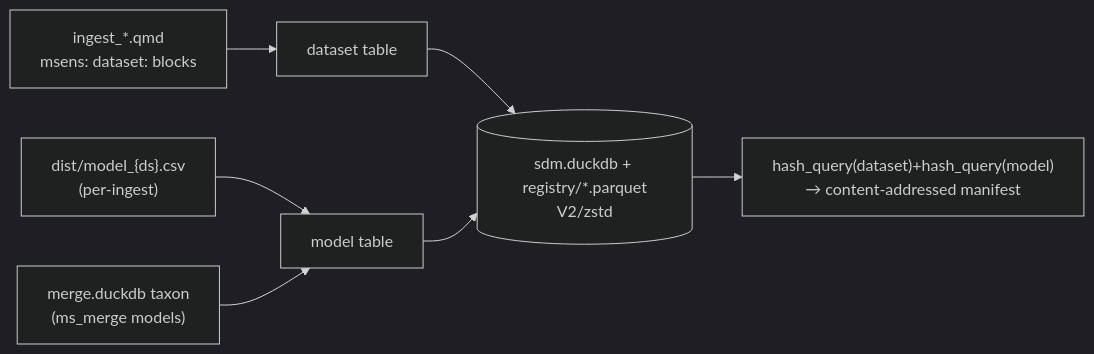
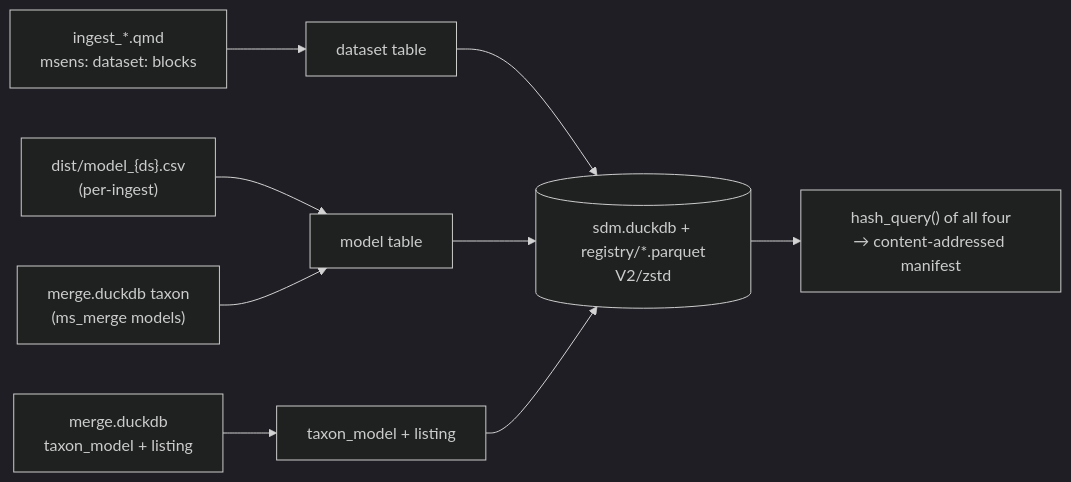
The diagram in build_registry.qmd (MarineSensitivity/workflows), drawn with Mermaid (dark theme) before and after one commit. The commit also changed other lines of this file and 23 other files, not shown here.

````diff
--- a/build_registry.qmd
+++ b/build_registry.qmd
@@ -24,11 +36,13 @@
 ```{mermaid}
 %%| label: fig-design
-%%| fig-cap: "Registry consolidation: dataset props from front-matter, model props from per-ingest CSVs + merged taxa"
+%%| fig-cap: "Registry consolidation: dataset props from front-matter, model props from per-ingest CSVs + merged taxa, relations from the merge stage"
 flowchart LR
   fm["ingest_*.qmd<br/>msens: dataset: blocks"] --> ds["dataset table"]
   csv["dist/model_{ds}.csv<br/>(per-ingest)"] --> mdl["model table"]
   tax["merge.duckdb taxon<br/>(ms_merge models)"] --> mdl
+  rel["merge.duckdb<br/>taxon_model + listing"] --> rl["taxon_model + listing"]
   ds --> db[("sdm.duckdb + registry/*.parquet<br/>V2/zstd")]
   mdl --> db
-  db --> mf["hash_query(dataset)+hash_query(model)<br/>→ content-addressed manifest"]
+  rl --> db
+  db --> mf["hash_query() of all four<br/>→ content-addressed manifest"]
 ```
````
